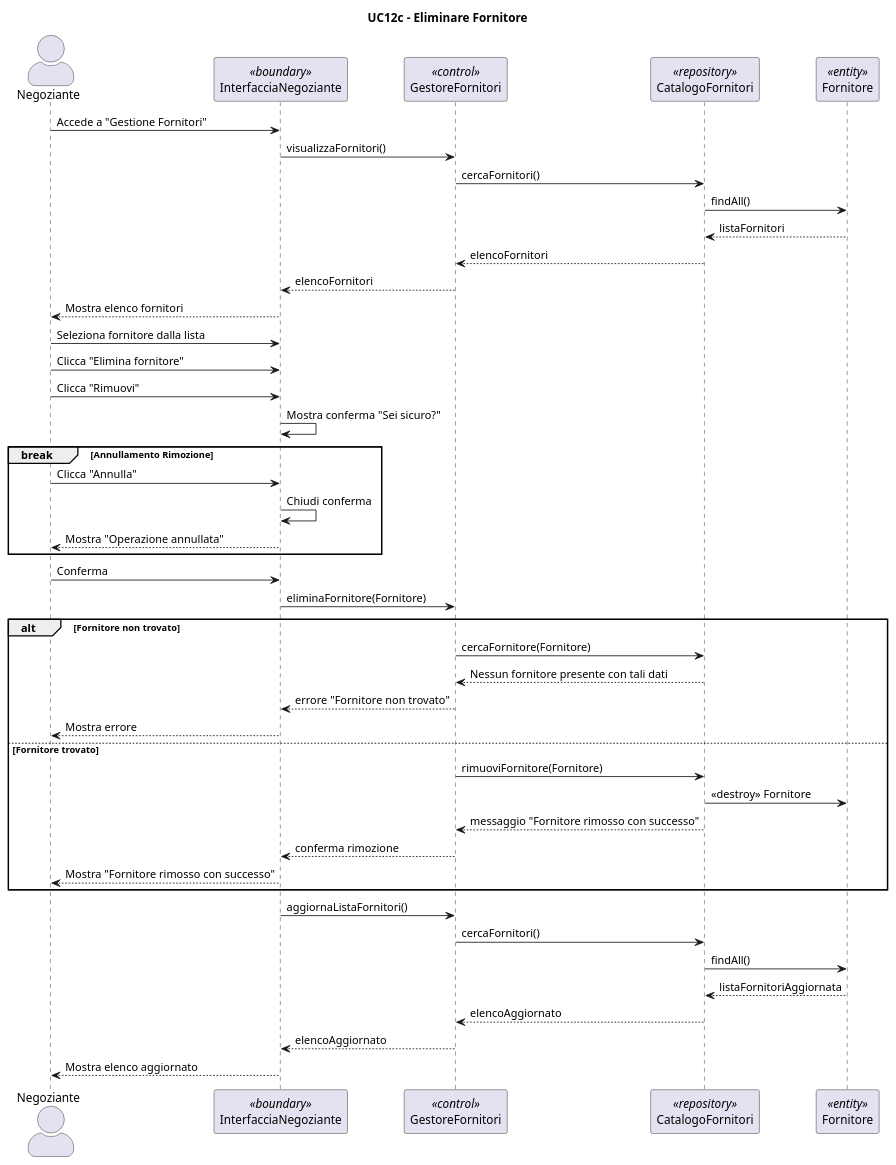
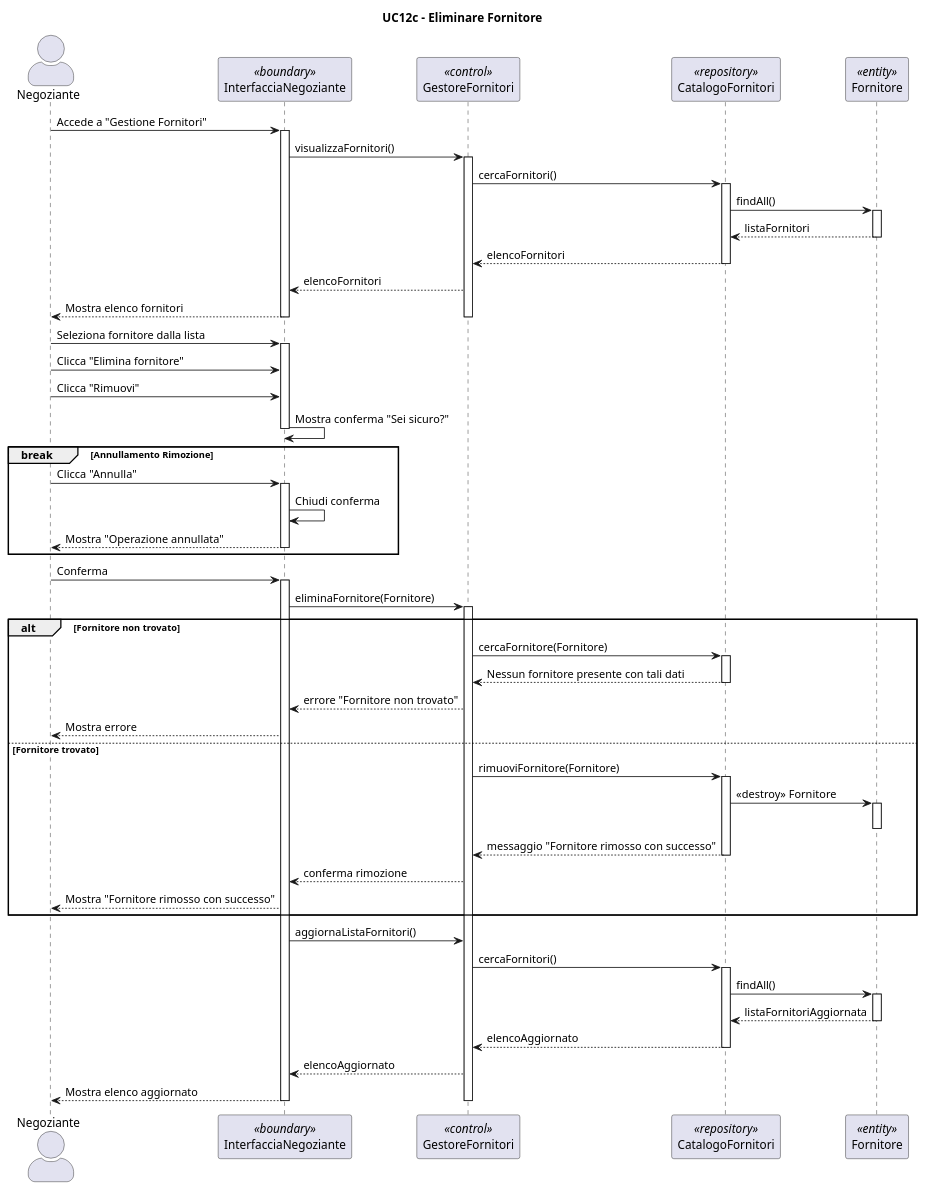
The diagram in diagrammiUML/diagrammi di sequenza/UC12c_Eliminare_Fornitore.puml (Samepsilon/FloWare), drawn with PlantUML before and after one commit. The commit also changed 22 other files, not shown here.

Commit message:
put activate e deactivate on diagramm sequences

```diff
--- a/diagrammiUML/diagrammi di sequenza/UC12c_Eliminare_Fornitore.puml
+++ b/diagrammiUML/diagrammi di sequenza/UC12c_Eliminare_Fornitore.puml
@@ -1,53 +1,82 @@
 @startuml
 title UC12c - Eliminare Fornitore
 skinparam actorStyle awesome
 
 actor "Negoziante" as N
 participant "InterfacciaNegoziante" as IN <<boundary>>
 participant "GestoreFornitori" as G <<control>>
 participant "CatalogoFornitori" as CF <<repository>>
 participant "Fornitore" as F <<entity>>
 
 N -> IN: Accede a "Gestione Fornitori"
+activate IN
 IN -> G: visualizzaFornitori()
+activate G
 G -> CF: cercaFornitori()
+activate CF
 CF -> F: findAll()
+activate F
 F --> CF: listaFornitori
+deactivate F
 CF --> G: elencoFornitori
+deactivate CF
 G --> IN: elencoFornitori
 IN --> N: Mostra elenco fornitori
+deactivate G
+deactivate IN
+
 N -> IN: Seleziona fornitore dalla lista
+activate IN
 N -> IN: Clicca "Elimina fornitore"
-    N -> IN: Clicca "Rimuovi"
-    IN -> IN: Mostra conferma "Sei sicuro?"
+N -> IN: Clicca "Rimuovi"
+IN -> IN: Mostra conferma "Sei sicuro?"
+deactivate IN
+
+break Annullamento Rimozione
+    N -> IN: Clicca "Annulla"
+    activate IN
+    IN -> IN: Chiudi conferma
+    IN --> N: Mostra "Operazione annullata"
+    deactivate IN
+end
+
+N -> IN: Conferma
+activate IN
+IN -> G: eliminaFornitore(Fornitore)
+activate G
+
+alt Fornitore non trovato
+    G -> CF: cercaFornitore(Fornitore)
+    activate CF
+    CF --> G: Nessun fornitore presente con tali dati
+    deactivate CF
+    G --> IN: errore "Fornitore non trovato"
+    IN --> N: Mostra errore
     
-    break Annullamento Rimozione
-        N -> IN: Clicca "Annulla"
-        IN -> IN: Chiudi conferma
-        IN --> N: Mostra "Operazione annullata"
-    end
-    
-    N -> IN: Conferma
-    IN -> G: eliminaFornitore(Fornitore)
-    
-    alt Fornitore non trovato
-        G -> CF: cercaFornitore(Fornitore)
-        CF --> G: Nessun fornitore presente con tali dati
-        G --> IN: errore "Fornitore non trovato"
-        IN --> N: Mostra errore
-        
-    else Fornitore trovato
-        G -> CF: rimuoviFornitore(Fornitore)
-        CF -> F: <<destroy>> Fornitore
-        CF --> G: messaggio "Fornitore rimosso con successo"
-        G --> IN: conferma rimozione
-        IN --> N: Mostra "Fornitore rimosso con successo"
-    end
+else Fornitore trovato
+    G -> CF: rimuoviFornitore(Fornitore)
+    activate CF
+    CF -> F: <<destroy>> Fornitore
+    activate F
+    deactivate F
+    CF --> G: messaggio "Fornitore rimosso con successo"
+    deactivate CF
+    G --> IN: conferma rimozione
+    IN --> N: Mostra "Fornitore rimosso con successo"
+end
+
 IN -> G: aggiornaListaFornitori()
 G -> CF: cercaFornitori()
+activate CF
 CF -> F: findAll()
+activate F
 F --> CF: listaFornitoriAggiornata
+deactivate F
 CF --> G: elencoAggiornato
+deactivate CF
 G --> IN: elencoAggiornato
 IN --> N: Mostra elenco aggiornato
+
+deactivate G
+deactivate IN
 @enduml
```
